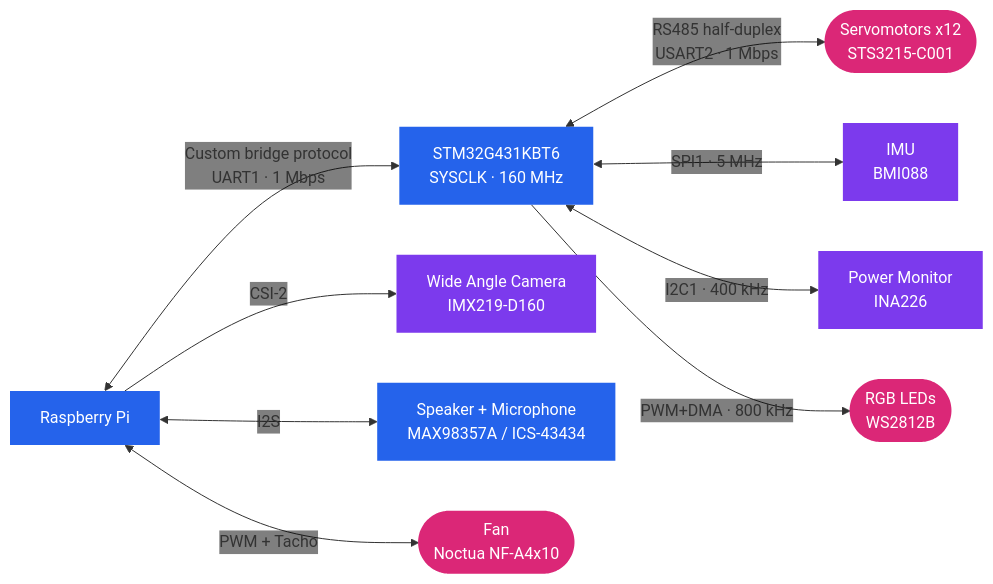
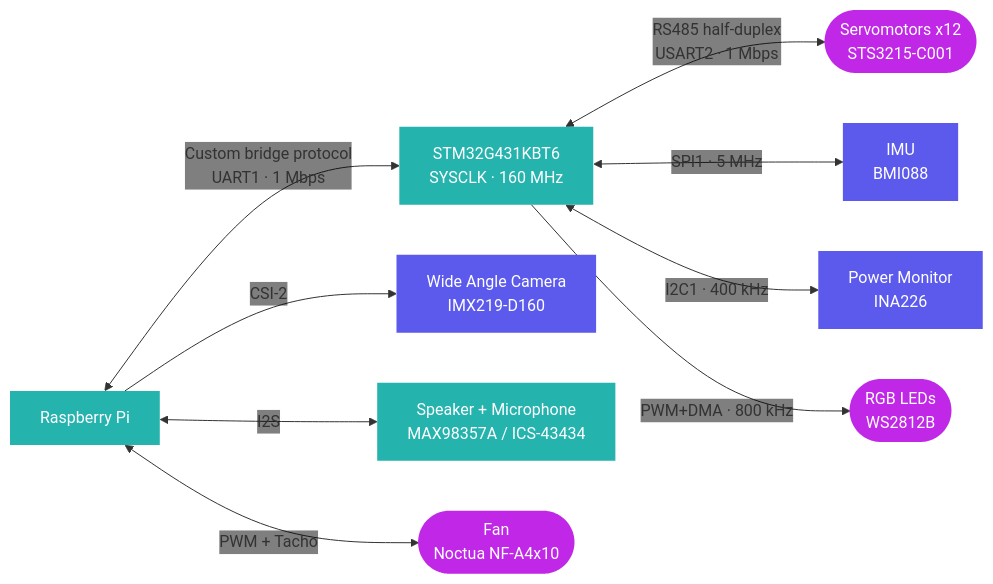
One commit to Mowibox/chromapi_motherboard changed the second of 2 diagrams in README.md. Above: the diagram before and after it, drawn with Mermaid. The commit also changed other lines of this file, not shown here.

````diff
--- a/README.md
+++ b/README.md
@@ -122,31 +122,31 @@
 ```mermaid
 %%{init: {'themeVariables': {'edgeLabelBackground':'transparent'}}}%%
 flowchart LR
     RPI["Raspberry Pi"]
     MCU["STM32G431KBT6<br/>SYSCLK · 160 MHz"]
     SERVOS(["Servomotors x12<br/>STS3215-C001"])
     IMU["IMU<br/>BMI088"]
     PWR["Power Monitor<br/>INA226"]
     LED(["RGB LEDs<br/>WS2812B"])
     CAM["Wide Angle Camera<br/>IMX219-D160"]
     AUDIO["Speaker + Microphone<br/>MAX98357A / ICS-43434"]
     FAN(["Fan<br/>Noctua NF-A4x10"])
 
     RPI <-->|"Custom bridge protocol<br/>UART1 · 1 Mbps"| MCU
     MCU <-->|"RS485 half-duplex<br/>USART2 · 1 Mbps "| SERVOS
     MCU <-->|"SPI1 · 5 MHz"| IMU
     MCU <-->|"I2C1 · 400 kHz"| PWR
     MCU -->|"PWM+DMA · 800 kHz"| LED
 
     RPI -->|"CSI-2"| CAM
     RPI <-->|"I2S"| AUDIO
     RPI <-->|"PWM + Tacho"| FAN
 
-    classDef ic fill:#2563eb,color:#ffffff,stroke:none
-    classDef actuator fill:#db2777,color:#ffffff,stroke:none
-    classDef sensor fill:#7c3aed,color:#ffffff,stroke:none
+    classDef ic fill:#25b3ae,color:#ffffff,stroke:none
+    classDef actuator fill:#c027e7,color:#ffffff,stroke:none
+    classDef sensor fill:#5c5aed,color:#ffffff,stroke:none
 
     class RPI,MCU,AUDIO ic
     class SERVOS,LED,FAN actuator
     class IMU,PWR,CAM sensor
 ```
````
